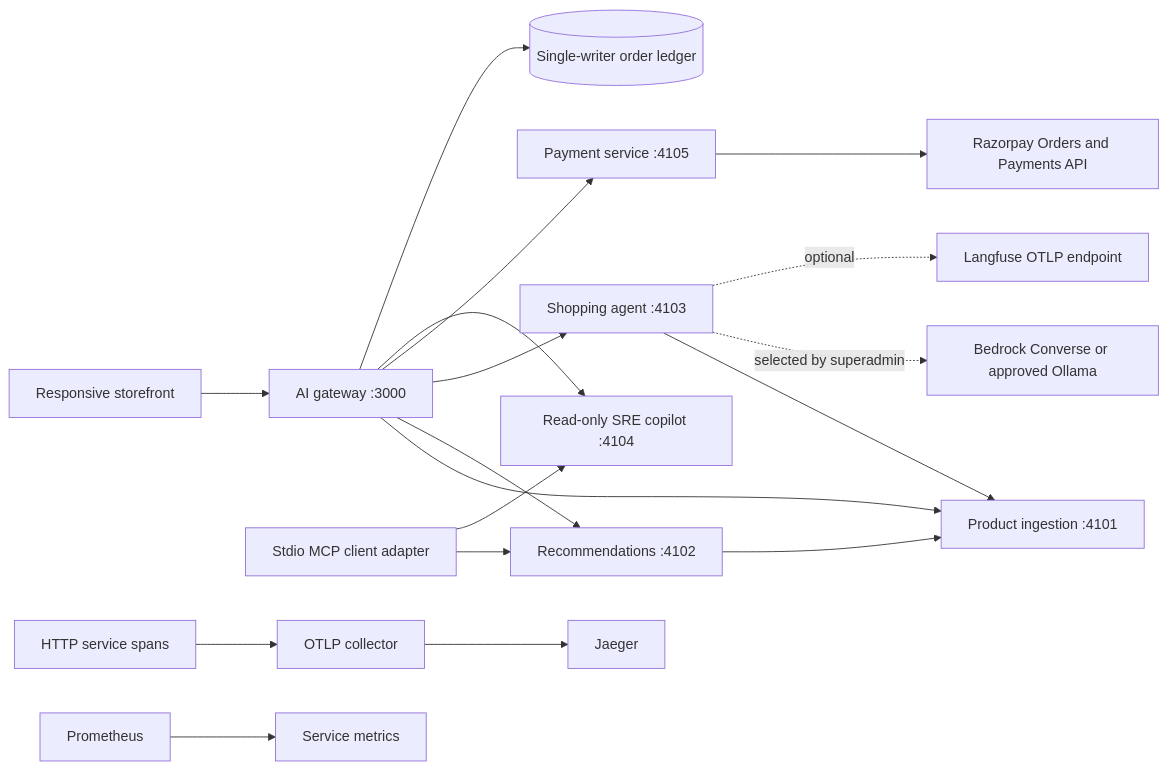
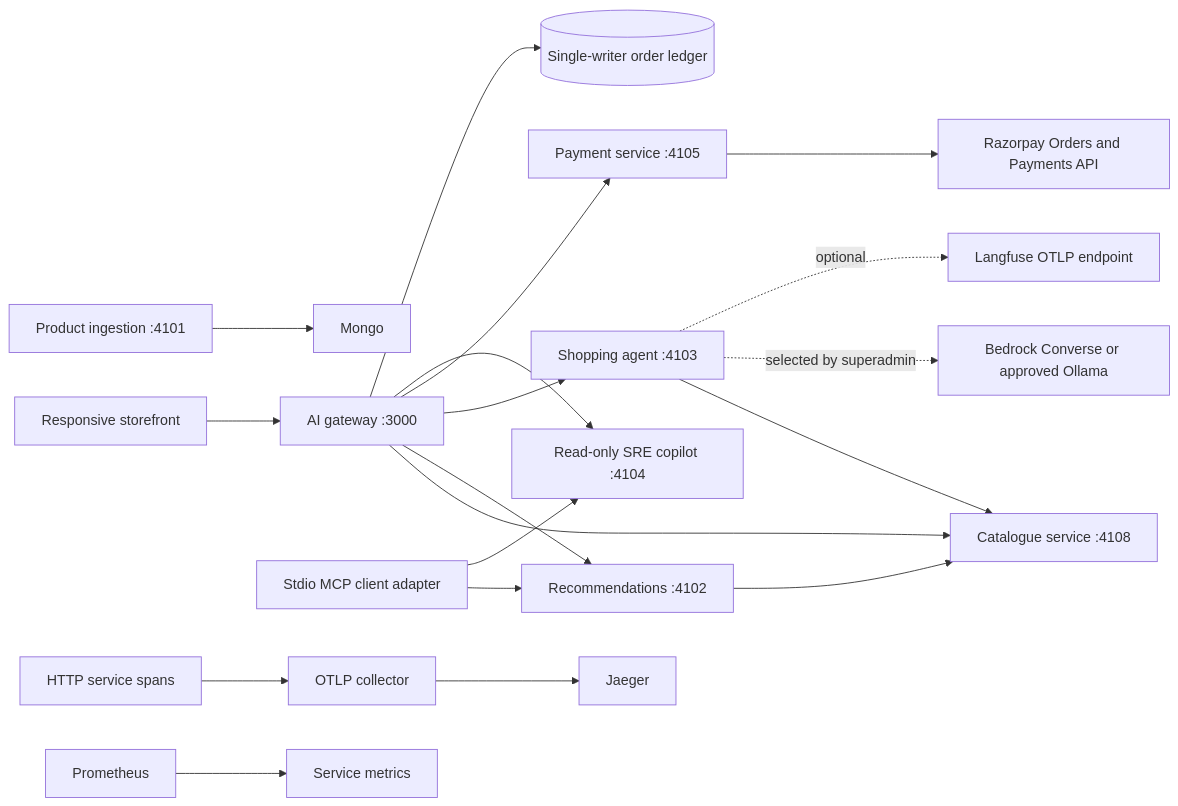
One commit to mrjithendar/roboshop-ai changed the diagram in docs/architecture/README.md. Above: the diagram before and after it, drawn with Mermaid. The commit also changed 27 other files, not shown here.

````diff
--- a/docs/architecture/README.md
+++ b/docs/architecture/README.md
@@ -3,20 +3,21 @@
 ```mermaid
 flowchart LR
   Browser[Responsive storefront] --> Gateway[AI gateway :3000]
-  Gateway --> Catalog[Product ingestion :4101]
+  Gateway --> Catalog[Catalogue service :4108]
+  Ingest[Product ingestion :4101] --> Mongo
   Gateway --> Recs[Recommendations :4102]
   Gateway --> Agent[Shopping agent :4103]
   Gateway --> Payment[Payment service :4105]
   Payment --> Razorpay[Razorpay Orders and Payments API]
   Gateway --> Ops[Read-only SRE copilot :4104]
   Gateway --> Ledger[(Single-writer order ledger)]
   Recs --> Catalog
   Agent --> Catalog
   Agent -. selected by superadmin .-> LLM[Bedrock Converse or approved Ollama]
   MCP[Stdio MCP client adapter] --> Recs
   MCP --> Ops
   Services[HTTP service spans] --> Collector[OTLP collector]
   Collector --> Jaeger[Jaeger]
   Prometheus[Prometheus] --> Metrics[Service metrics]
   Agent -. optional .-> Langfuse[Langfuse OTLP endpoint]
 ```
````
